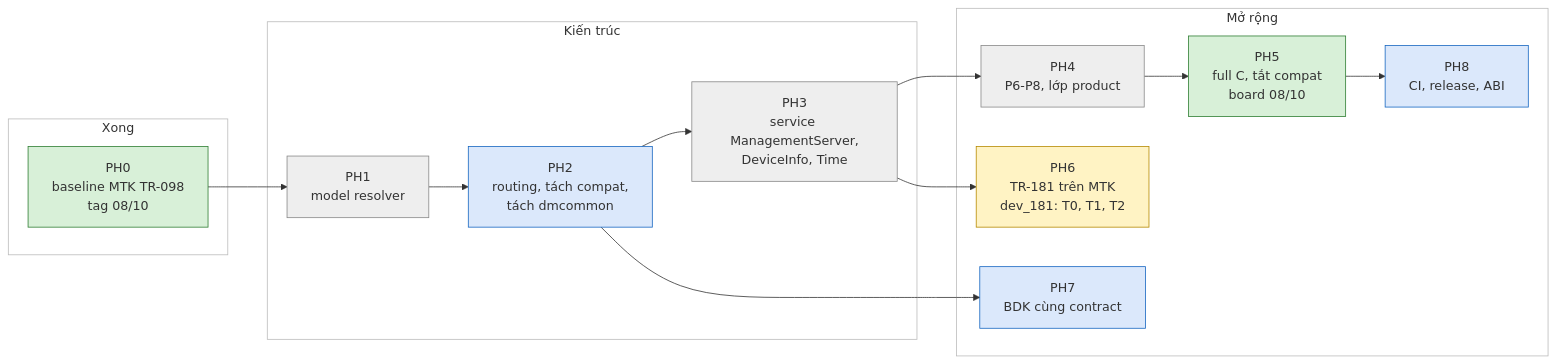
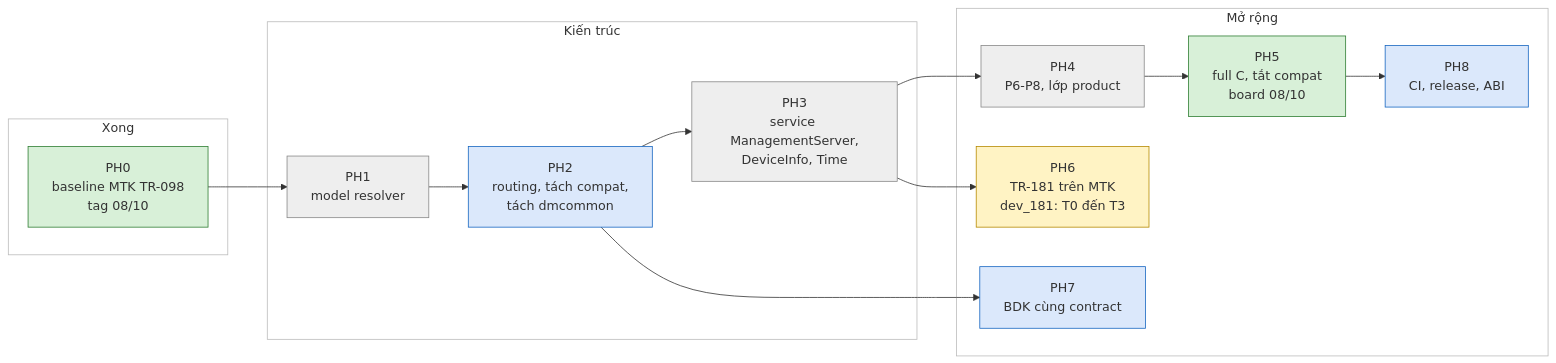
One commit to tunguyenvanbn94/icwmpMultiSdk changed the diagram in docs/handover/icwmp_progress_matrix.md. Above: the diagram before and after it, drawn with Mermaid. The commit also changed other lines of this file and 17 other files, not shown here.

````diff
--- a/docs/handover/icwmp_progress_matrix.md
+++ b/docs/handover/icwmp_progress_matrix.md
@@ -17,34 +17,34 @@
 ```mermaid
 flowchart LR
     subgraph NOW["Xong"]
         PH0["PH0<br/>baseline MTK TR-098<br/>tag 08/10"]
     end
     subgraph NEXT["Kiến trúc"]
         PH1["PH1<br/>model resolver"]
         PH2["PH2<br/>routing, tách compat,<br/>tách dmcommon"]
         PH3["PH3<br/>service ManagementServer,<br/>DeviceInfo, Time"]
     end
     subgraph LATER["Mở rộng"]
         PH4["PH4<br/>P6-P8, lớp product"]
         PH5["PH5<br/>full C, tắt compat<br/>board 08/10"]
-        PH6["PH6<br/>TR-181 trên MTK<br/>dev_181: T0, T1, T2"]
+        PH6["PH6<br/>TR-181 trên MTK<br/>dev_181: T0 đến T3"]
         PH7["PH7<br/>BDK cùng contract"]
         PH8["PH8<br/>CI, release, ABI"]
     end
     PH0 --> PH1 --> PH2 --> PH3 --> PH4 --> PH5
     PH3 --> PH6
     PH2 --> PH7
     PH5 --> PH8
     style NOW fill:#ffffff,stroke:#bbbbbb
     style NEXT fill:#ffffff,stroke:#bbbbbb
     style LATER fill:#ffffff,stroke:#bbbbbb
     style PH0 fill:#d8f0d8,stroke:#2e7d32
     style PH2 fill:#dbe8fb,stroke:#1565c0
     style PH7 fill:#dbe8fb,stroke:#1565c0
     style PH8 fill:#dbe8fb,stroke:#1565c0
     style PH1 fill:#eeeeee,stroke:#888888
     style PH3 fill:#eeeeee,stroke:#888888
     style PH4 fill:#eeeeee,stroke:#888888
     style PH5 fill:#d8f0d8,stroke:#2e7d32
     style PH6 fill:#fff3c4,stroke:#b58900
 ```
````
